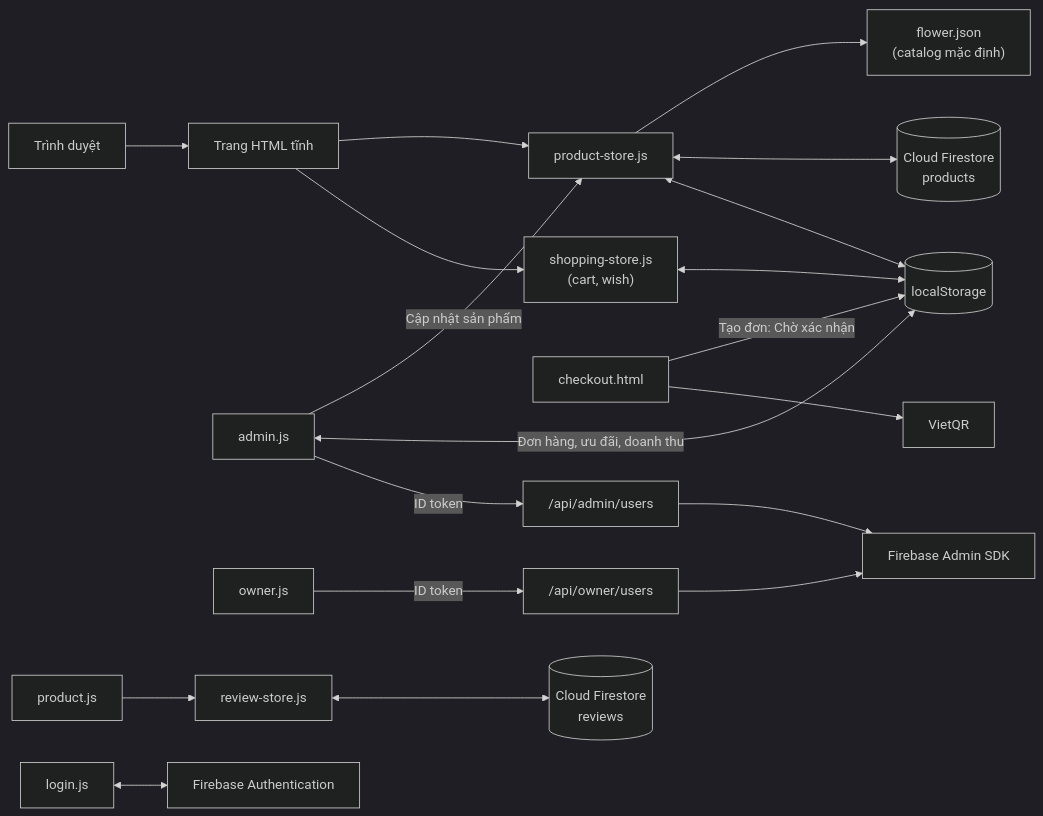
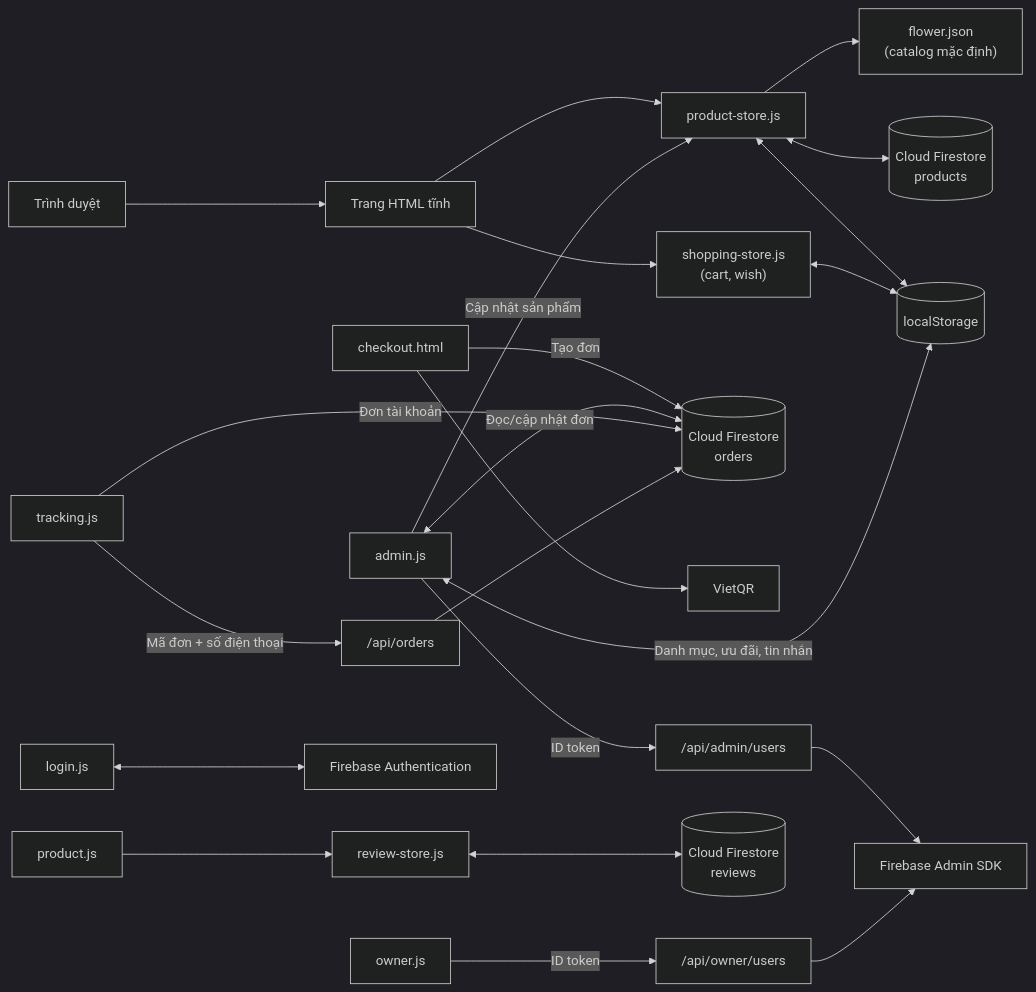
Before and after one commit to Longg5048/flower.com: the diagram in flower.com/README.md, drawn with Mermaid (dark theme). The commit also changed other lines of this file and 10 other files, not shown here.

Commit message:
Move shared orders to Firestore

````diff
--- a/flower.com/README.md
+++ b/flower.com/README.md
@@ -14,19 +14,22 @@
 ```mermaid
 flowchart LR
     Browser[Trình duyệt] --> Pages[Trang HTML tĩnh]
     Pages --> Store["product-store.js"]
     Store --> Catalog["flower.json<br/>(catalog mặc định)"]
     Store <--> Firestore[(Cloud Firestore<br/>products)]
     Store <--> Cache[(localStorage)]
     Pages --> Shopping["shopping-store.js<br/>(cart, wish)"] <--> Cache
-    Checkout["checkout.html"] -->|Tạo đơn: Chờ xác nhận| Cache
+    Checkout["checkout.html"] -->|Tạo đơn| Orders[(Cloud Firestore<br/>orders)]
+    Admin["admin.js"] <-->|Đọc/cập nhật đơn| Orders
+    Tracking["tracking.js"] -->|Đơn tài khoản| Orders
+    Tracking -->|Mã đơn + số điện thoại| OrderAPI["/api/orders"] --> Orders
     Checkout --> VietQR[VietQR]
     Admin["admin.js"] -->|Cập nhật sản phẩm| Store
-    Admin <-->|Đơn hàng, ưu đãi, doanh thu| Cache
+    Admin <-->|Danh mục, ưu đãi, tin nhắn| Cache
     Admin -->|ID token| AdminAPI["/api/admin/users"]
     Owner["owner.js"] -->|ID token| OwnerAPI["/api/owner/users"]
     AdminAPI --> FirebaseAdmin[Firebase Admin SDK]
     OwnerAPI --> FirebaseAdmin
     Login["login.js"] <--> Auth[Firebase Authentication]
     Product["product.js"] --> Reviews["review-store.js"] <--> FsReviews[(Cloud Firestore<br/>reviews)]
 ```
````
